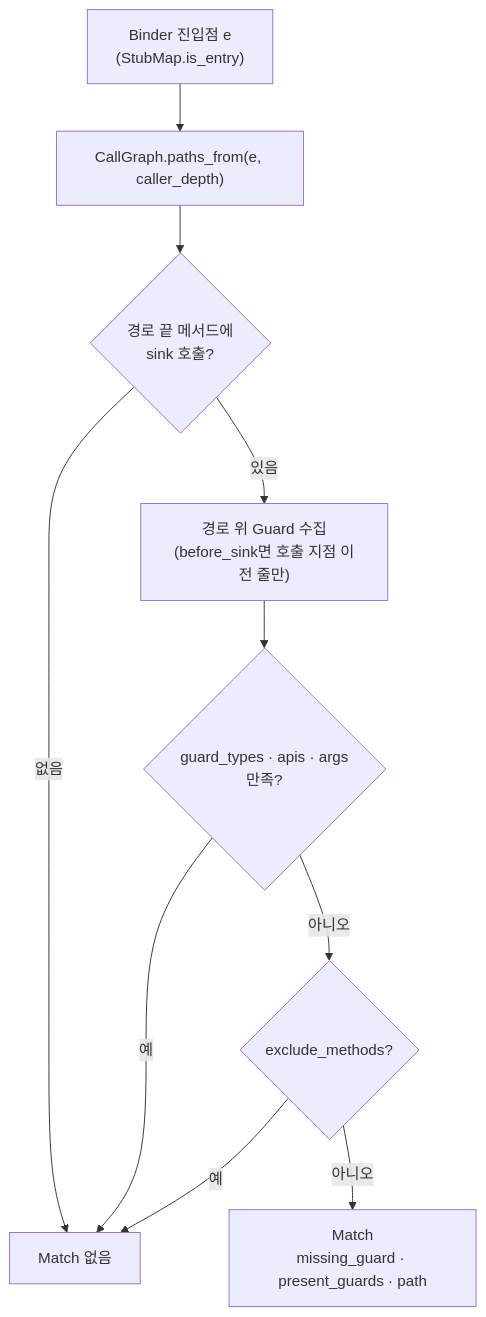
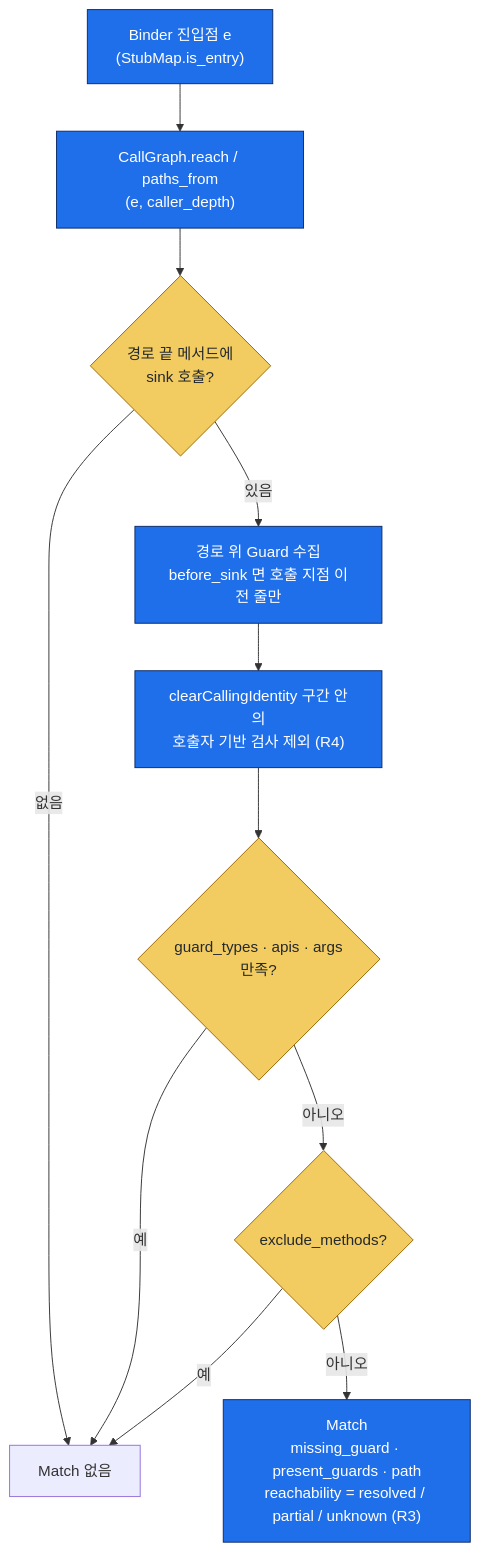
The seventh of 9 diagrams in docs/architecture.md (meonjalgwi/aosp-1day-pipeline), drawn with Mermaid before and after one commit. The commit also changed other lines of this file and 3 other files, not shown here.

First line of the commit message:
docs: 구조도 v2.2와 LLM 사용·검증 구조 문서

````diff
--- a/docs/architecture.md
+++ b/docs/architecture.md
@@ -142,12 +228,17 @@
 ```mermaid
 flowchart TD
-    A["Binder 진입점 e<br/>(StubMap.is_entry)"] --> B["CallGraph.paths_from(e, caller_depth)"]
+    A["Binder 진입점 e<br/>(StubMap.is_entry)"] --> B["CallGraph.reach / paths_from<br/>(e, caller_depth)"]
     B --> C{"경로 끝 메서드에<br/>sink 호출?"}
     C -- 없음 --> X["Match 없음"]
-    C -- 있음 --> D["경로 위 Guard 수집<br/>(before_sink면 호출 지점 이전 줄만)"]
-    D --> E{"guard_types · apis · args<br/>만족?"}
+    C -- 있음 --> D["경로 위 Guard 수집<br/>before_sink 면 호출 지점 이전 줄만"]
+    D --> I["clearCallingIdentity 구간 안의<br/>호출자 기반 검사 제외 (R4)"]
+    I --> E{"guard_types · apis · args<br/>만족?"}
     E -- 예 --> X
     E -- 아니오 --> F{"exclude_methods?"}
     F -- 예 --> X
-    F -- 아니오 --> H["Match<br/>missing_guard · present_guards · path"]
+    F -- 아니오 --> H["Match<br/>missing_guard · present_guards · path<br/>reachability = resolved / partial / unknown (R3)"]
+    classDef gate fill:#f2cc60,stroke:#9a6700,color:#24292f;
+    classDef code fill:#1f6feb,stroke:#0b2a66,color:#fff;
+    class C,E,F gate;
+    class A,B,D,I,H code;
 ```
````
